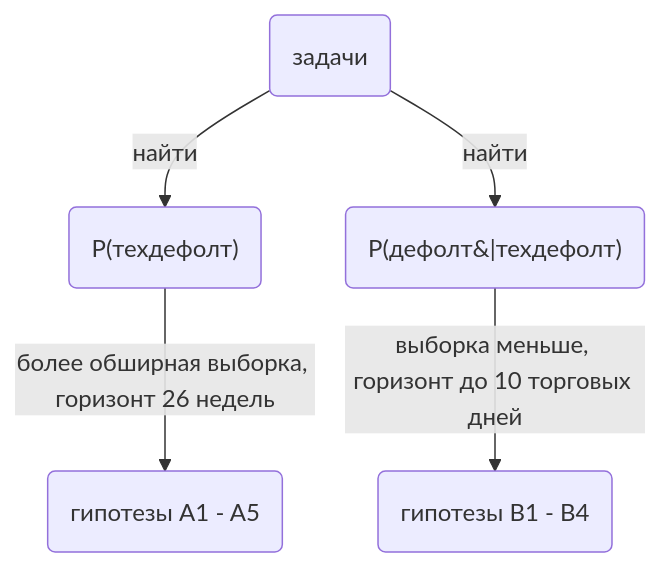
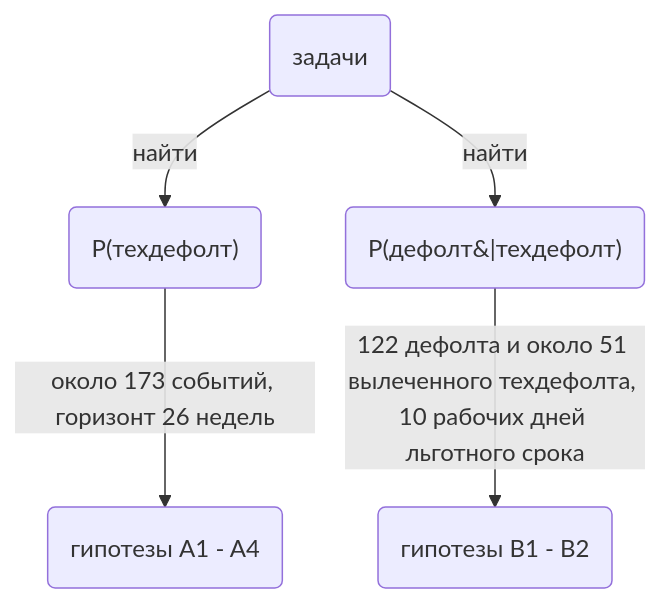
Before and after one commit to alferova-tv/Jessica-invest-assistant: the second of 2 diagrams in research/README.md, drawn with Mermaid. The commit also changed other lines of this file, not shown here.

````diff
--- a/research/README.md
+++ b/research/README.md
@@ -56,8 +67,8 @@
 ```mermaid
 graph TD
     A(задачи)
     A -->|найти| B("P(техдефолт)")
     A -->|найти| C("P(дефолт&#124;техдефолт)")
-    B -->|более обширная выборка, горизонт 26 недель| D(гипотезы A1 - A5)
-    C -->|выборка меньше, горизонт до 10 торговых дней| E(гипотезы B1 - B4)
+    B -->|около 173 событий, горизонт 26 недель| D(гипотезы A1 - A4)
+    C -->|122 дефолта и около 51 вылеченного техдефолта, 10 рабочих дней льготного срока| E(гипотезы B1 - B2)
 ```
````
